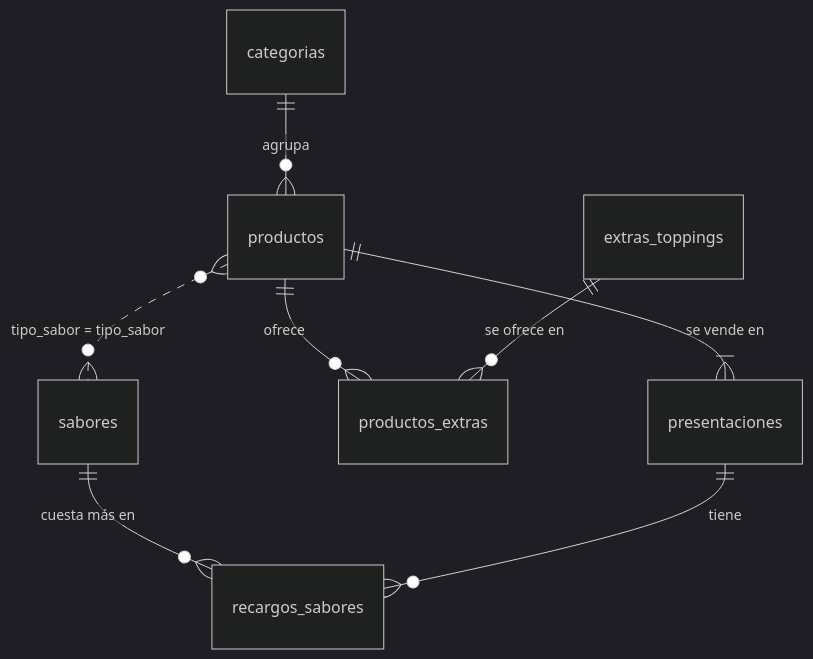
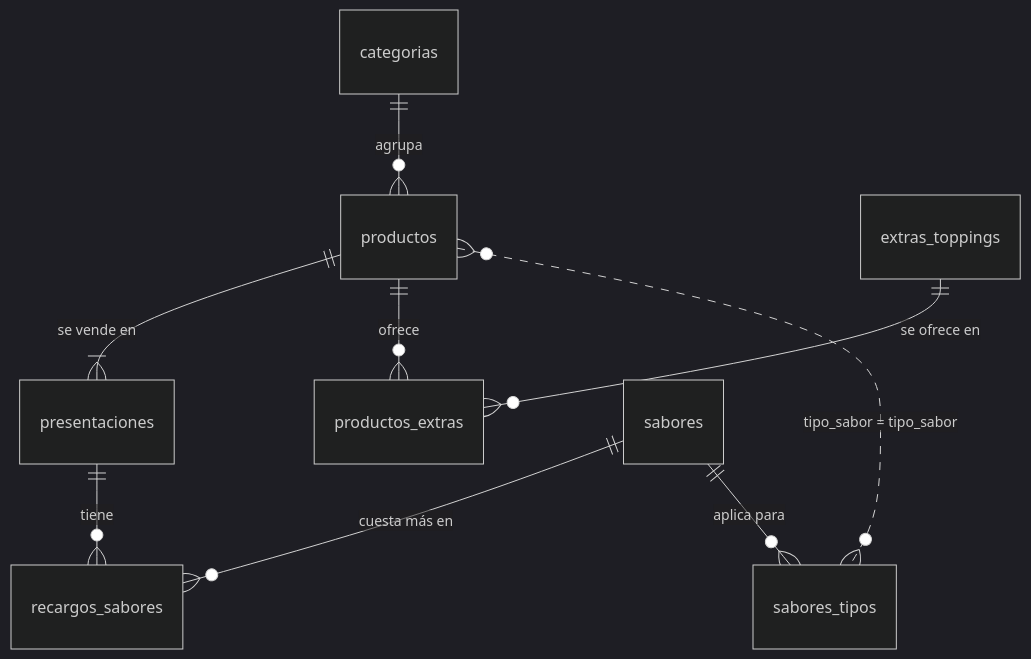
Before and after one commit to erikalancc/conitos-central-api: the first of 4 diagrams in docs/BASE_DE_DATOS.md, drawn with Mermaid (dark theme). The commit also changed other lines of this file and 34 other files, not shown here.

````diff
--- a/docs/BASE_DE_DATOS.md
+++ b/docs/BASE_DE_DATOS.md
@@ -28,10 +28,11 @@
 ```mermaid
 erDiagram
   categorias ||--o{ productos : agrupa
   productos ||--|{ presentaciones : "se vende en"
   productos ||--o{ productos_extras : ofrece
   extras_toppings ||--o{ productos_extras : "se ofrece en"
   sabores ||--o{ recargos_sabores : "cuesta más en"
   presentaciones ||--o{ recargos_sabores : tiene
-  productos }o..o{ sabores : "tipo_sabor = tipo_sabor"
+  sabores ||--o{ sabores_tipos : "aplica para"
+  productos }o..o{ sabores_tipos : "tipo_sabor = tipo_sabor"
 ```
````
